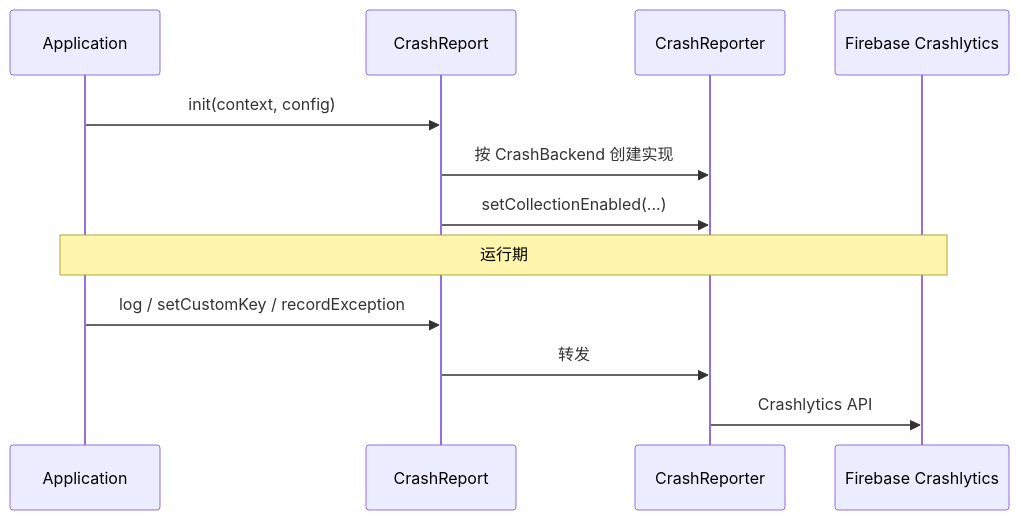
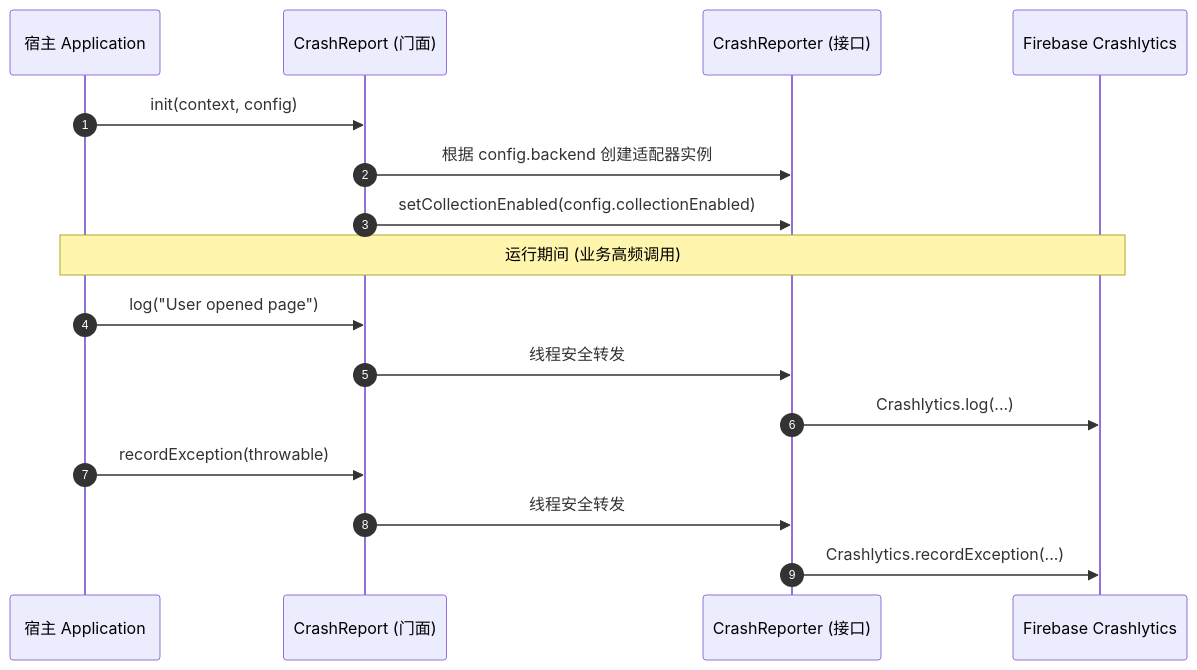
Before and after one commit to e-hai/CrashReportKit-Android: the second of 2 diagrams in README.md, drawn with Mermaid. The commit also changed other lines of this file and 1 other file, not shown here.

````diff
--- a/README.md
+++ b/README.md
@@ -52,16 +58,21 @@
 ```mermaid
 sequenceDiagram
-  participant App as Application
-  participant CR as CrashReport
-  participant R as CrashReporter
+  autonumber
+  participant App as 宿主 Application
+  participant CR as CrashReport (门面)
+  participant R as CrashReporter (接口)
   participant F as Firebase Crashlytics
 
   App->>CR: init(context, config)
-  CR->>R: 按 CrashBackend 创建实现
-  CR->>R: setCollectionEnabled(...)
+  CR->>R: 根据 config.backend 创建适配器实例
+  CR->>R: setCollectionEnabled(config.collectionEnabled)
 
-  Note over App,F: 运行期
-  App->>CR: log / setCustomKey / recordException
-  CR->>R: 转发
-  R->>F: Crashlytics API
+  Note over App,F: 运行期间 (业务高频调用)
+  App->>CR: log("User opened page")
+  CR->>R: 线程安全转发
+  R->>F: Crashlytics.log(...)
+
+  App->>CR: recordException(throwable)
+  CR->>R: 线程安全转发
+  R->>F: Crashlytics.recordException(...)
 ```
````
